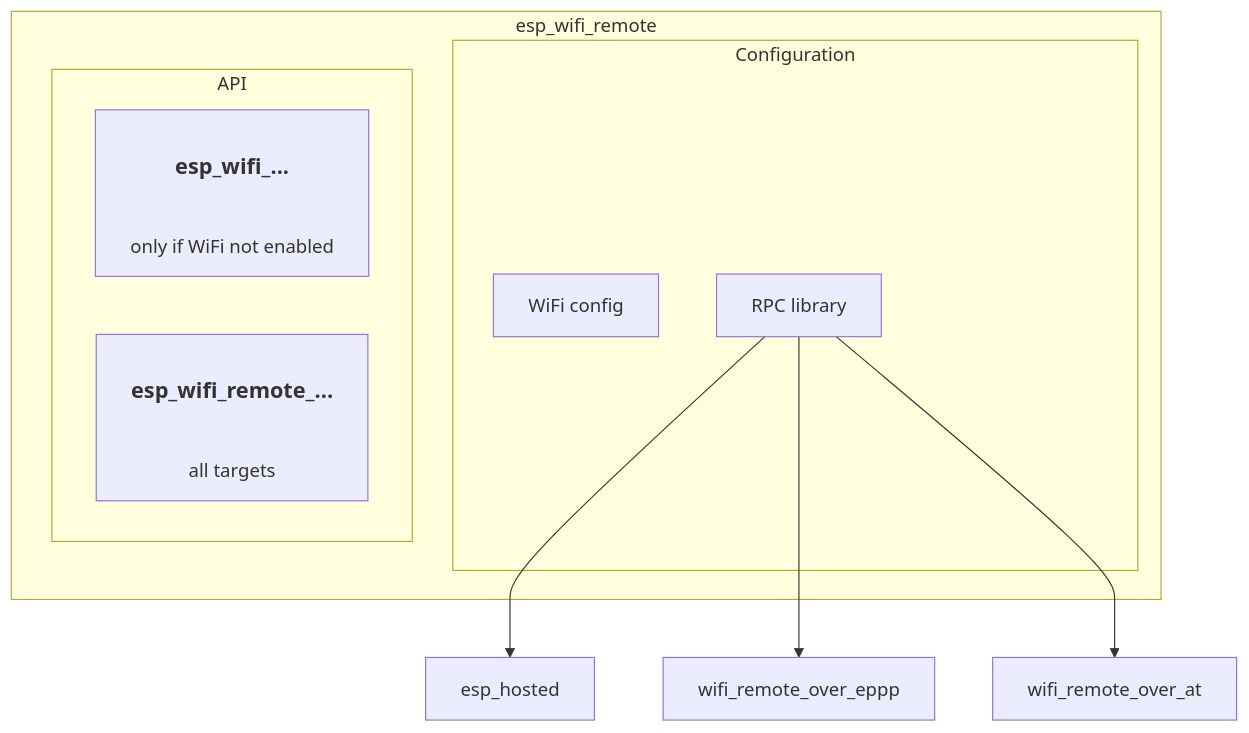
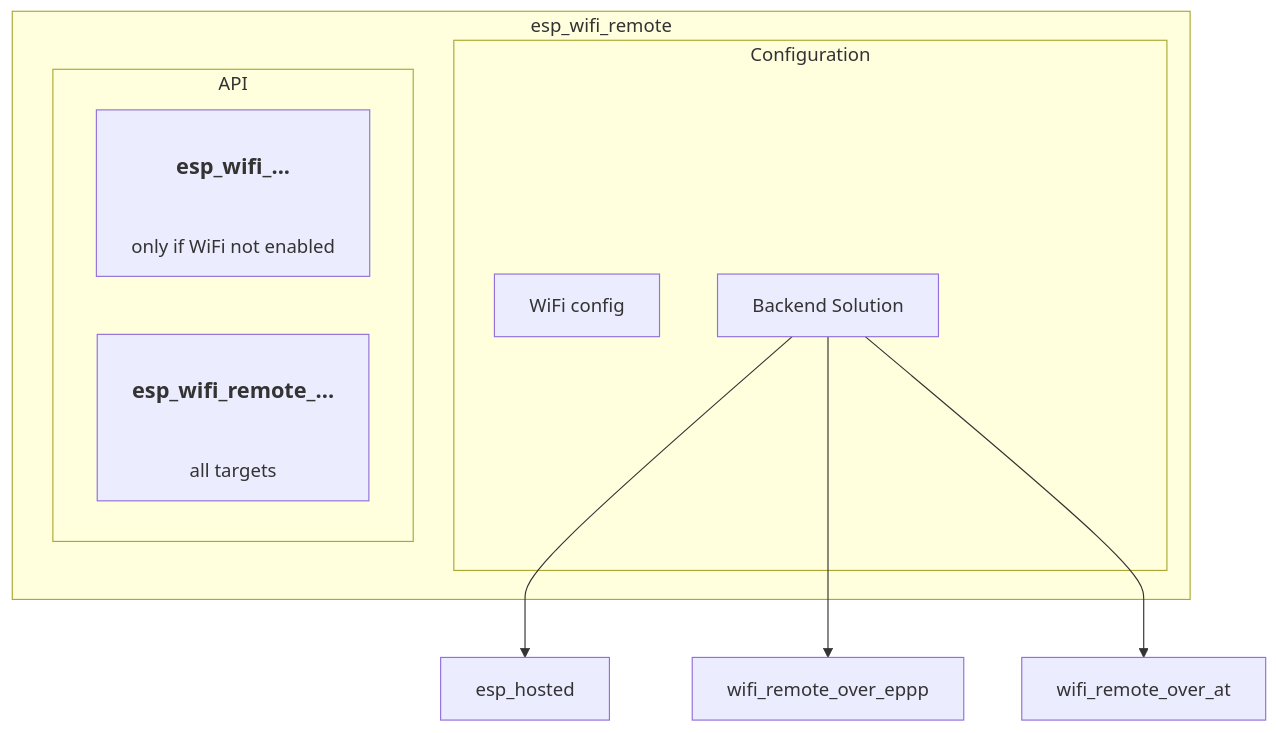
Before and after one commit to espressif/developer-portal: the fifth of 5 diagrams in content/blog/2025/08/esp-wifi-remote/index.md, drawn with Mermaid. The commit also changed other lines of this file and 10 other files, not shown here.

````diff
--- a/content/blog/2025/08/esp-wifi-remote/index.md
+++ b/content/blog/2025/08/esp-wifi-remote/index.md
@@ -155,20 +155,20 @@
 ```mermaid
 graph TD
 
     subgraph "esp_wifi_remote"
         Configuration
         API
     end
     subgraph "Configuration"
         C["WiFi config"]
-        D["RPC library"]
+        D["Backend Solution"]
     end
     subgraph "API"
         A["<h3>esp_wifi_...</h3><br/>only if WiFi not enabled"]
         B["<h3>esp_wifi_remote_...</h3><br/>all targets"]
     end
 
     D --> E[esp_hosted]
     D --> F[wifi_remote_over_eppp]
     D --> G[wifi_remote_over_at]
 ```
````
